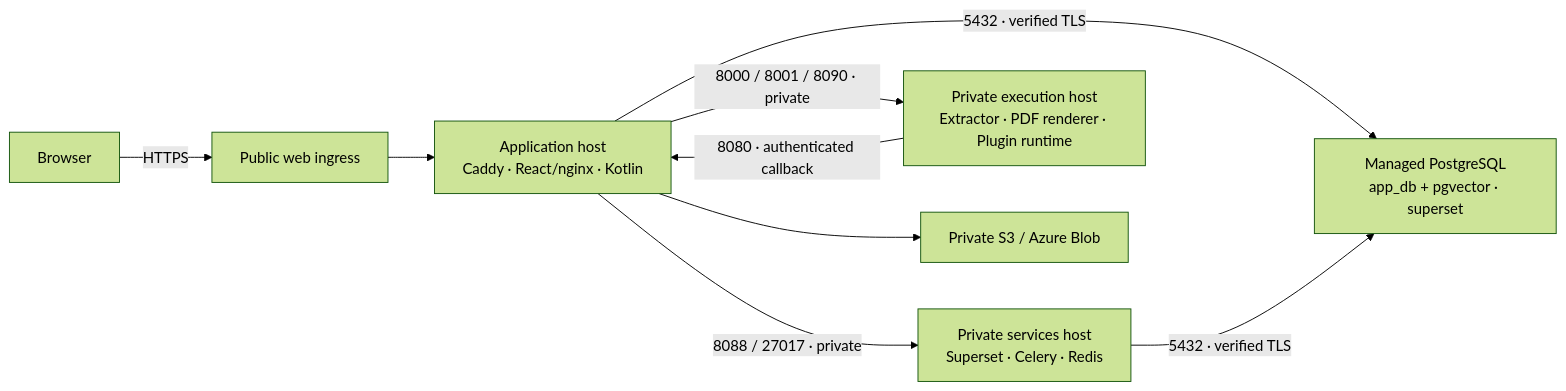
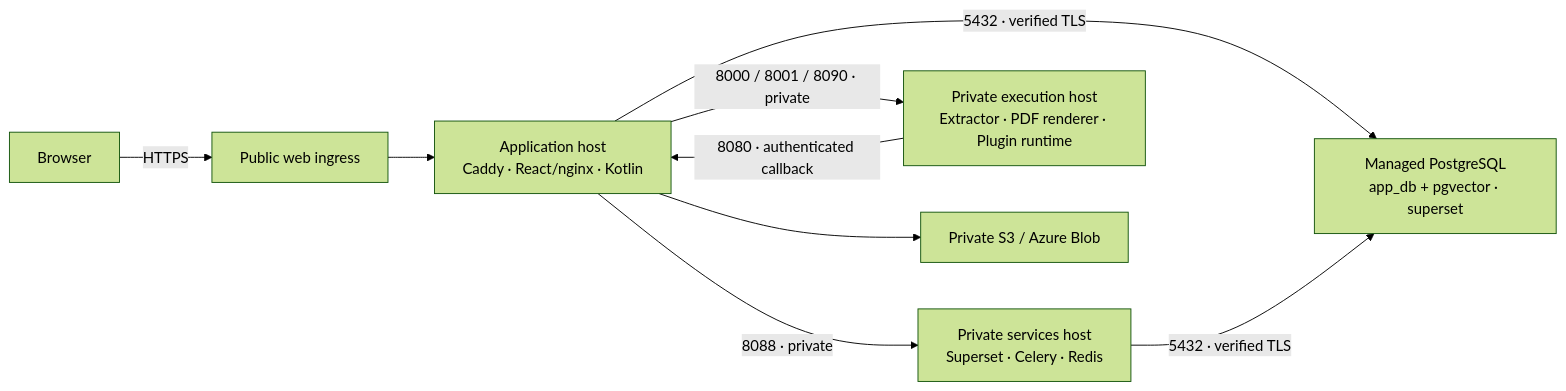
Before and after one commit to GrahamCHill/Meshable-Ops: the diagram in docs/terraform-deployment.md, drawn with Mermaid (forest theme). The commit also changed 46 other files, not shown here.

````diff
--- a/docs/terraform-deployment.md
+++ b/docs/terraform-deployment.md
@@ -17,11 +17,11 @@
 ```mermaid
 flowchart LR
     browser["Browser"] -->|HTTPS| ingress["Public web ingress"]
     ingress --> app["Application host<br/>Caddy · React/nginx · Kotlin"]
     app -->|5432 · verified TLS| sql["Managed PostgreSQL<br/>app_db + pgvector · superset"]
-    app -->|8088 / 27017 · private| services["Private services host<br/>Superset · Celery · Redis"]
+    app -->|8088 · private| services["Private services host<br/>Superset · Celery · Redis"]
     services -->|5432 · verified TLS| sql
     app -->|8000 / 8001 / 8090 · private| runtime["Private execution host<br/>Extractor · PDF renderer · Plugin runtime"]
     runtime -->|8080 · authenticated callback| app
     app --> objects["Private S3 / Azure Blob"]
 ```
````
